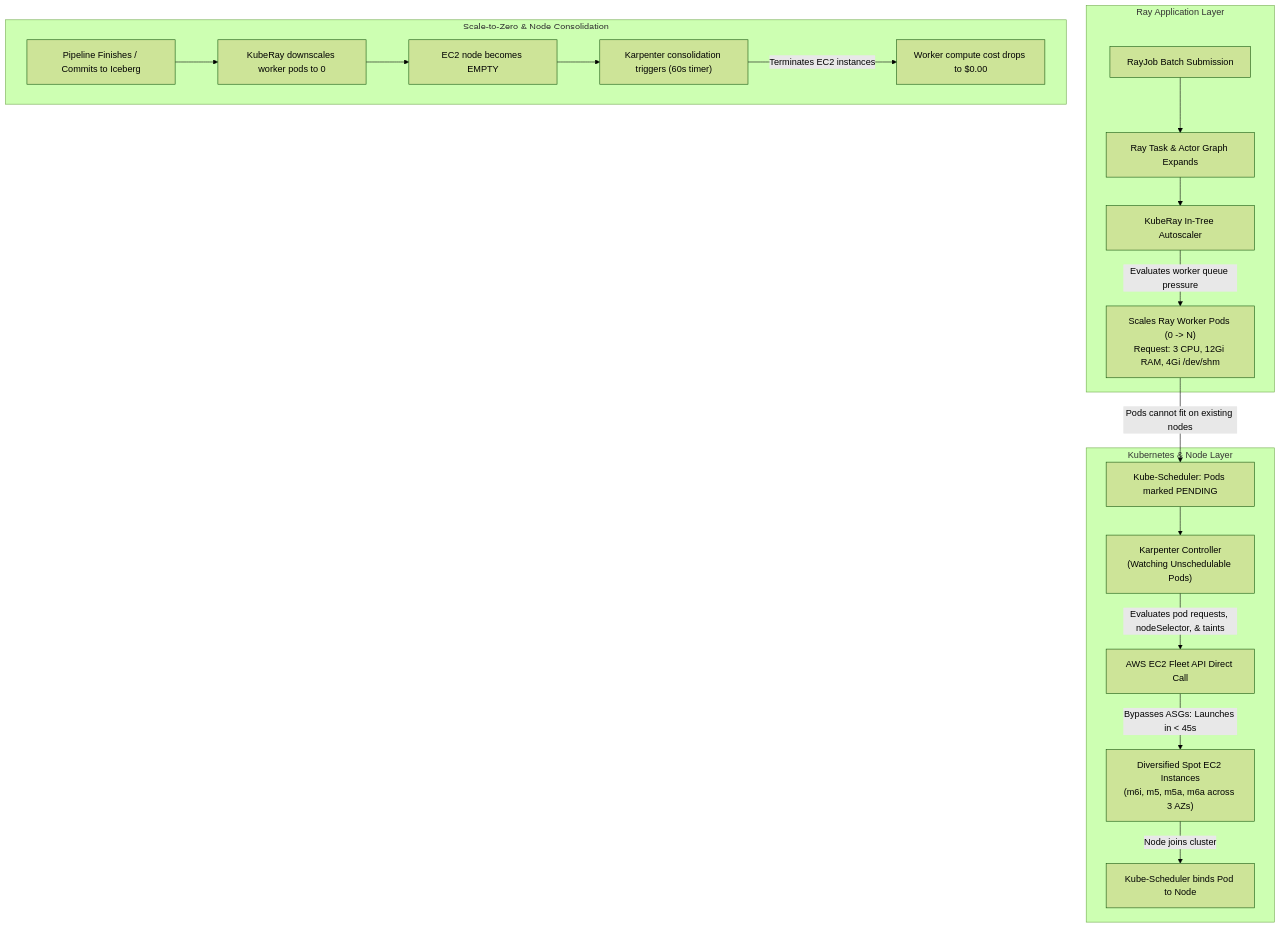
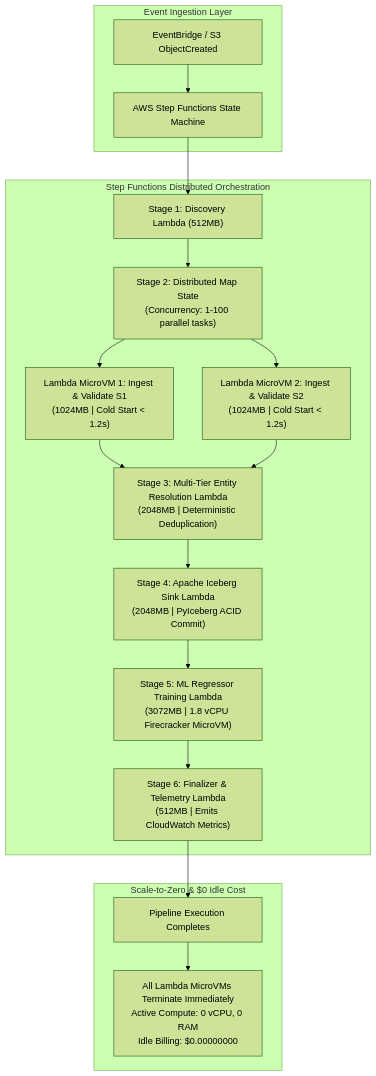
The diagram in ray-ai-platform/docs/compute-karpenter.md (jashkv/ray-platform), drawn with Mermaid (forest theme) before and after one commit. The commit also changed other lines of this file and 34 other files, not shown here.

Commit message:
docs(serverless): completely align all documentation, diagrams, runbooks, and test configs with the AWS Serverless Platform architecture

````diff
--- a/ray-ai-platform/docs/compute-karpenter.md
+++ b/ray-ai-platform/docs/compute-karpenter.md
@@ -23,23 +23,23 @@
 ```mermaid
 flowchart TD
-    subgraph AppLayer ["Ray Application Layer"]
-        A["RayJob Batch Submission"] --> B["Ray Task & Actor Graph Expands"]
-        B --> C["KubeRay In-Tree Autoscaler"]
-        C -->|Evaluates worker queue pressure| D["Scales Ray Worker Pods (0 -> N)\nRequest: 3 CPU, 12Gi RAM, 4Gi /dev/shm"]
+    subgraph Trigger ["Event Ingestion Layer"]
+        EV["EventBridge / S3 ObjectCreated"] --> SF["AWS Step Functions State Machine"]
     end
 
-    subgraph K8sLayer ["Kubernetes & Node Layer"]
-        D -->|Pods cannot fit on existing nodes| E["Kube-Scheduler: Pods marked PENDING"]
-        E --> F["Karpenter Controller\n(Watching Unschedulable Pods)"]
-        F -->|Evaluates pod requests, nodeSelector, & taints| G["AWS EC2 Fleet API Direct Call"]
-        G -->|Bypasses ASGs: Launches in < 45s| H["Diversified Spot EC2 Instances\n(m6i, m5, m5a, m6a across 3 AZs)"]
-        H -->|Node joins cluster| I["Kube-Scheduler binds Pod to Node"]
+    subgraph StepFunctionsMap ["Step Functions Distributed Orchestration"]
+        SF --> DISC["Stage 1: Discovery Lambda (512MB)"]
+        DISC --> MAP["Stage 2: Distributed Map State\n(Concurrency: 1-100 parallel tasks)"]
+        MAP --> VAL1["Lambda MicroVM 1: Ingest & Validate S1\n(1024MB | Cold Start < 1.2s)"]
+        MAP --> VAL2["Lambda MicroVM 2: Ingest & Validate S2\n(1024MB | Cold Start < 1.2s)"]
+        VAL1 --> RES["Stage 3: Multi-Tier Entity Resolution Lambda\n(2048MB | Deterministic Deduplication)"]
+        VAL2 --> RES
+        RES --> SINK["Stage 4: Apache Iceberg Sink Lambda\n(2048MB | PyIceberg ACID Commit)"]
+        SINK --> TRAIN["Stage 5: ML Regressor Training Lambda\n(3072MB | 1.8 vCPU Firecracker MicroVM)"]
+        TRAIN --> FIN["Stage 6: Finalizer & Telemetry Lambda\n(512MB | Emits CloudWatch Metrics)"]
     end
 
-    subgraph CleanupLayer ["Scale-to-Zero & Node Consolidation"]
-        J["Pipeline Finishes / Commits to Iceberg"] --> K["KubeRay downscales worker pods to 0"]
-        K --> L["EC2 node becomes EMPTY"]
-        L --> M["Karpenter consolidation triggers (60s timer)"]
-        M -->|Terminates EC2 instances| N["Worker compute cost drops to $0.00"]
+    subgraph ScaleToZero ["Scale-to-Zero & $0 Idle Cost"]
+        FIN --> IDLE["Pipeline Execution Completes"]
+        IDLE --> ZERO["All Lambda MicroVMs Terminate Immediately\nActive Compute: 0 vCPU, 0 RAM\nIdle Billing: $0.00000000"]
     end
 ```
````
